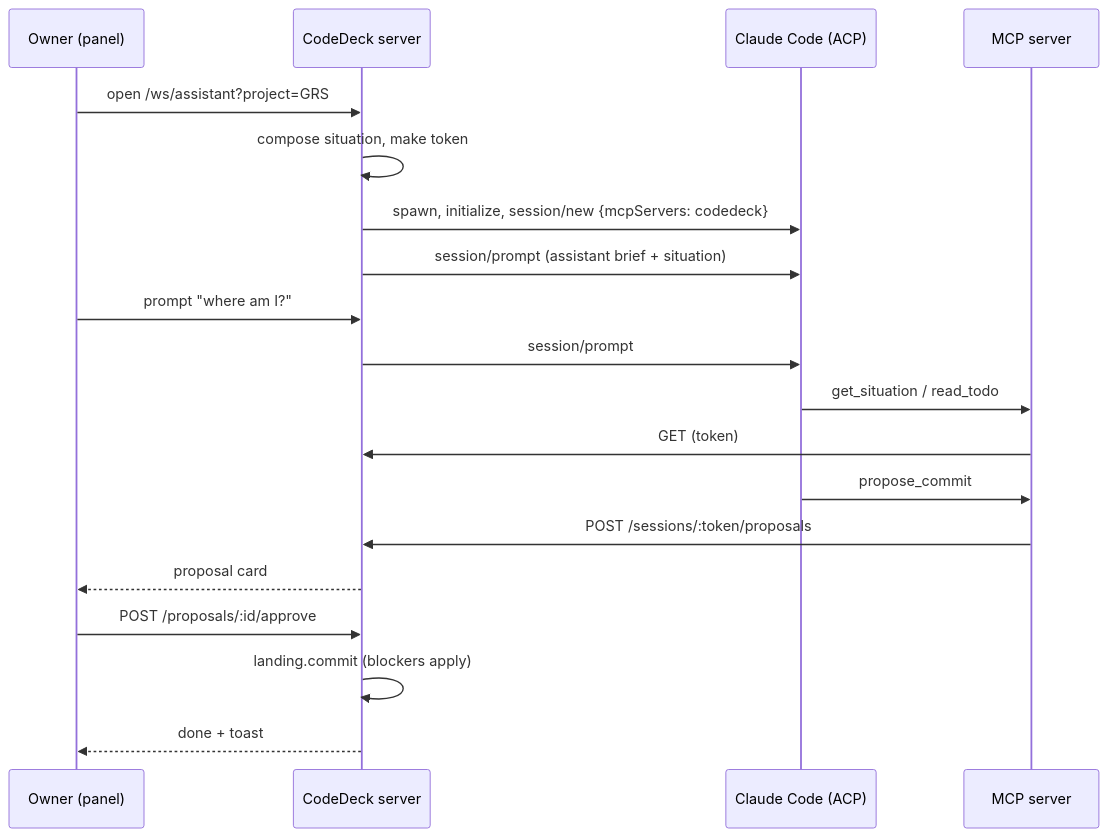
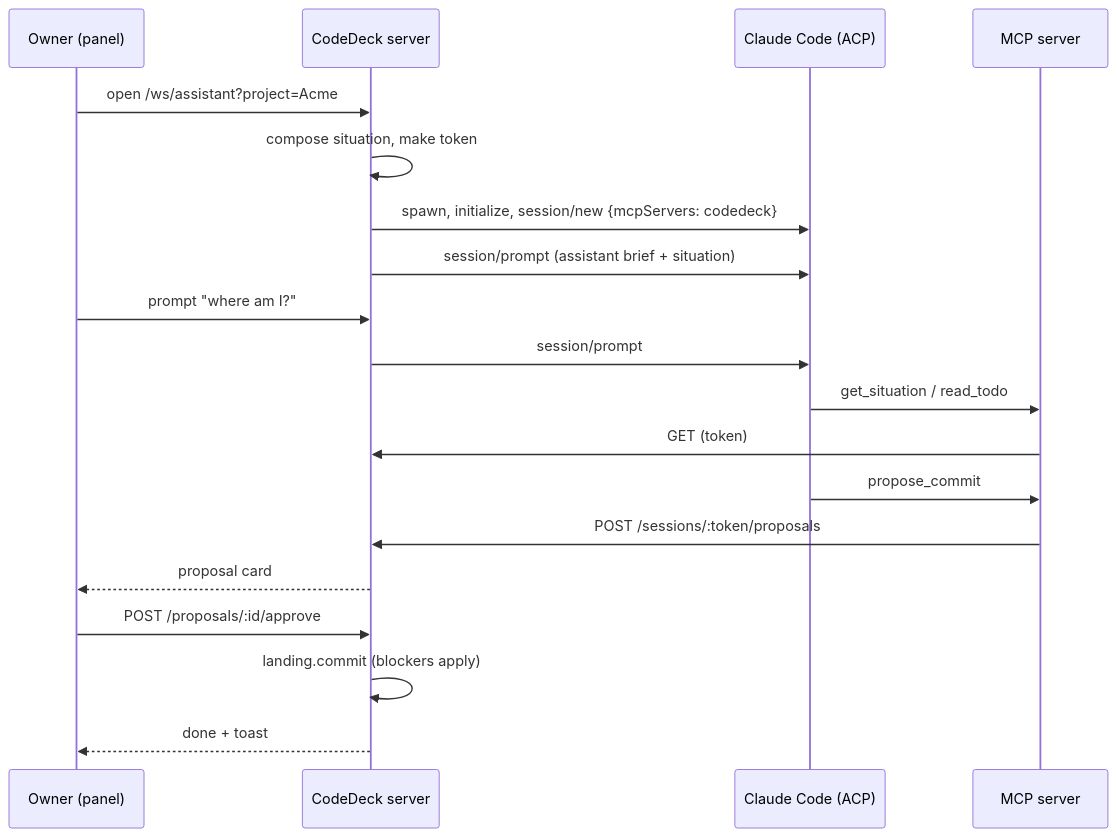
The third of 4 diagrams in docs/specifications/2026-11-25-222214-project-assistant-spec.md (sabelosimelane/codedeck), drawn with Mermaid before and after one commit. The commit also changed other lines of this file and 3 other files, not shown here.

Commit message:
docs: use a neutral project name in the assistant spec, todo and tests

````diff
--- a/docs/specifications/2026-11-25-222214-project-assistant-spec.md
+++ b/docs/specifications/2026-11-25-222214-project-assistant-spec.md
@@ -478,21 +478,21 @@
 ```mermaid
 sequenceDiagram
   participant O as Owner (panel)
   participant S as CodeDeck server
   participant A as Claude Code (ACP)
   participant M as MCP server
-  O->>S: open /ws/assistant?project=GRS
+  O->>S: open /ws/assistant?project=Acme
   S->>S: compose situation, make token
   S->>A: spawn, initialize, session/new {mcpServers: codedeck}
   S->>A: session/prompt (assistant brief + situation)
   O->>S: prompt "where am I?"
   S->>A: session/prompt
   A->>M: get_situation / read_todo
   M->>S: GET (token)
   A->>M: propose_commit
   M->>S: POST /sessions/:token/proposals
   S-->>O: proposal card
   O->>S: POST /proposals/:id/approve
   S->>S: landing.commit (blockers apply)
   S-->>O: done + toast
 ```
````
